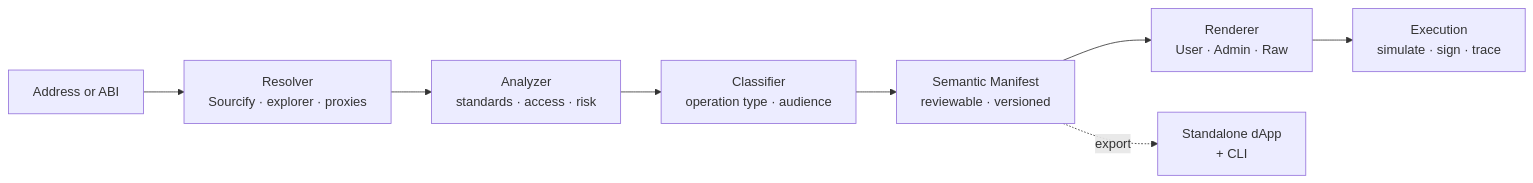
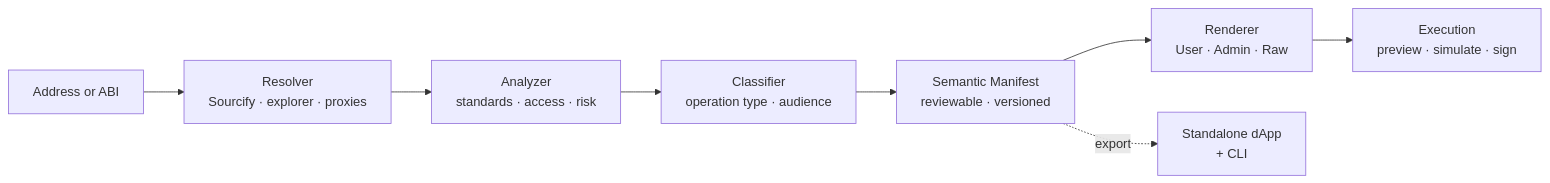
The diagram in README.md (TacitvsXI/semantic-dapp), drawn with Mermaid before and after one commit. The commit also changed other lines of this file, not shown here.

````diff
--- a/README.md
+++ b/README.md
@@ -94,10 +96,10 @@
 ```mermaid
 flowchart LR
     A[Address or ABI] --> B[Resolver<br/>Sourcify · explorer · proxies]
     B --> C[Analyzer<br/>standards · access · risk]
     C --> D[Classifier<br/>operation type · audience]
     D --> E[Semantic Manifest<br/>reviewable · versioned]
     E --> F[Renderer<br/>User · Admin · Raw]
-    F --> G[Execution<br/>simulate · sign · trace]
+    F --> G[Execution<br/>preview · simulate · sign]
     E -.export.-> H[Standalone dApp<br/>+ CLI]
 ```
````
